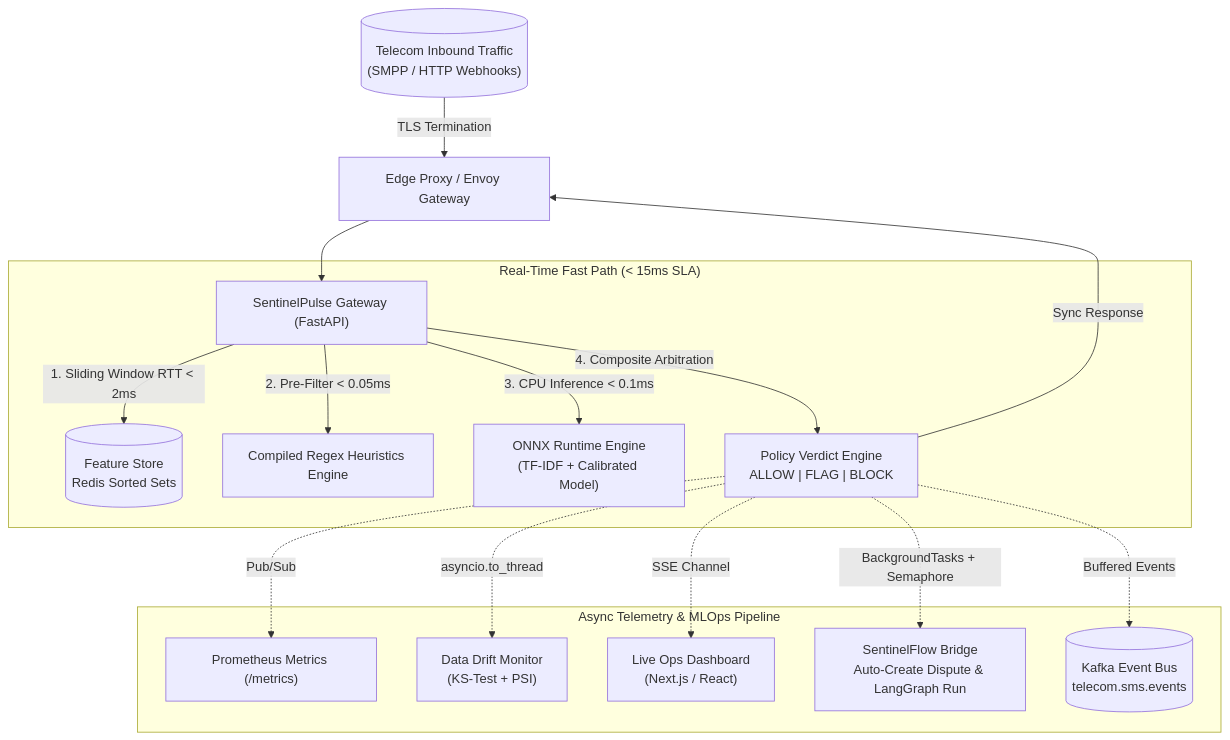
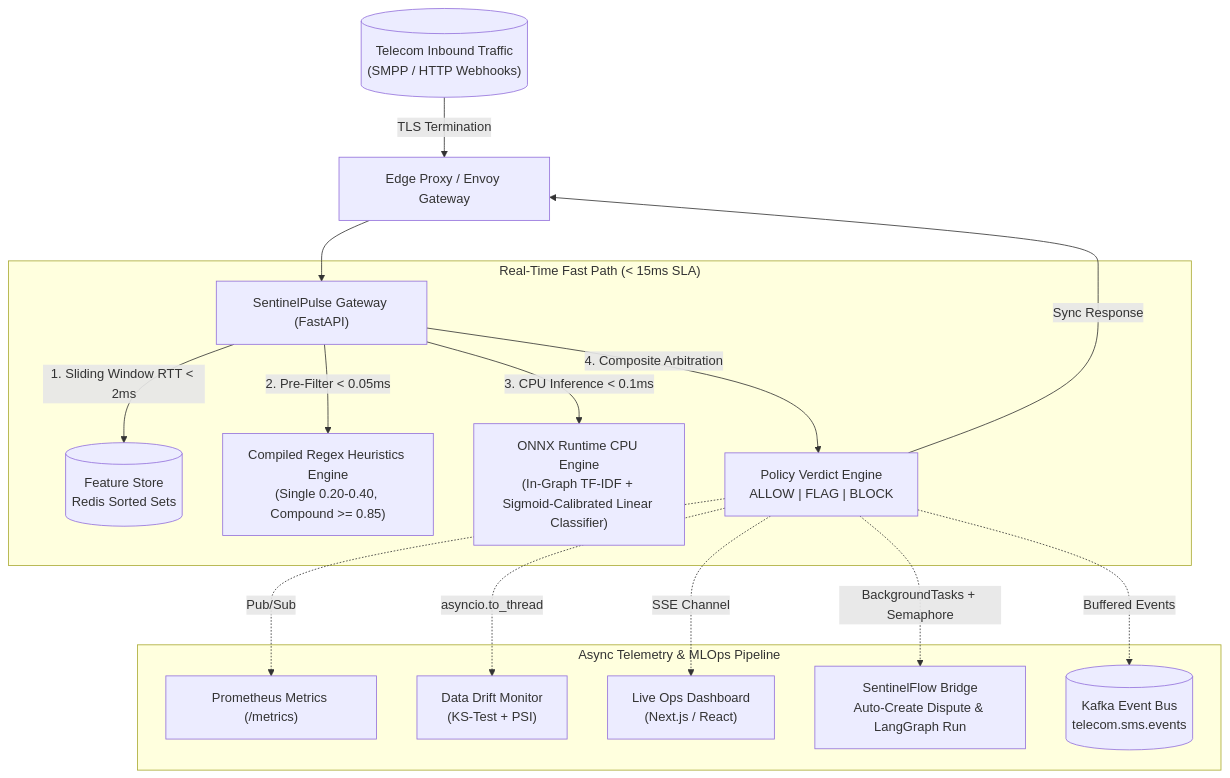
One commit to thiago-terceiro/sentinelflow changed the first of 2 diagrams in sentinelflow/SYSTEM_DESIGN.md. Above: the diagram before and after it, drawn with Mermaid. The commit also changed other lines of this file and 38 other files, not shown here.

````diff
--- a/sentinelflow/SYSTEM_DESIGN.md
+++ b/sentinelflow/SYSTEM_DESIGN.md
@@ -13,22 +13,22 @@
 ```mermaid
 flowchart TD
     Client[("Telecom Inbound Traffic<br/>(SMPP / HTTP Webhooks)")] -->|TLS Termination| Edge["Edge Proxy / Envoy Gateway"]
     Edge --> Gateway["SentinelPulse Gateway (FastAPI)"]
     
     subgraph "Real-Time Fast Path (< 15ms SLA)"
         Gateway -->|1. Sliding Window RTT < 2ms| Redis[("Feature Store<br/>Redis Sorted Sets")]
-        Gateway -->|2. Pre-Filter < 0.05ms| Regex["Compiled Regex Heuristics Engine"]
-        Gateway -->|3. CPU Inference < 0.1ms| ONNX["ONNX Runtime Engine<br/>(TF-IDF + Calibrated Model)"]
+        Gateway -->|2. Pre-Filter < 0.05ms| Regex["Compiled Regex Heuristics Engine<br/>(Single 0.20-0.40, Compound >= 0.85)"]
+        Gateway -->|3. CPU Inference < 0.1ms| ONNX["ONNX Runtime CPU Engine<br/>(In-Graph TF-IDF + Sigmoid-Calibrated Linear Classifier)"]
         Gateway -->|4. Composite Arbitration| Decider["Policy Verdict Engine<br/>ALLOW | FLAG | BLOCK"]
     end
     
     Decider -->|Sync Response| Edge
     
     subgraph "Async Telemetry & MLOps Pipeline"
         Decider -.->|Pub/Sub| Prometheus["Prometheus Metrics (/metrics)"]
         Decider -.->|asyncio.to_thread| Drift["Data Drift Monitor<br/>(KS-Test + PSI)"]
         Decider -.->|SSE Channel| Dashboard["Live Ops Dashboard<br/>(Next.js / React)"]
         Decider -.->|BackgroundTasks + Semaphore| Escalation["SentinelFlow Bridge<br/>Auto-Create Dispute & LangGraph Run"]
         Decider -.->|Buffered Events| Kafka[("Kafka Event Bus<br/>telecom.sms.events")]
     end
 ```
````
